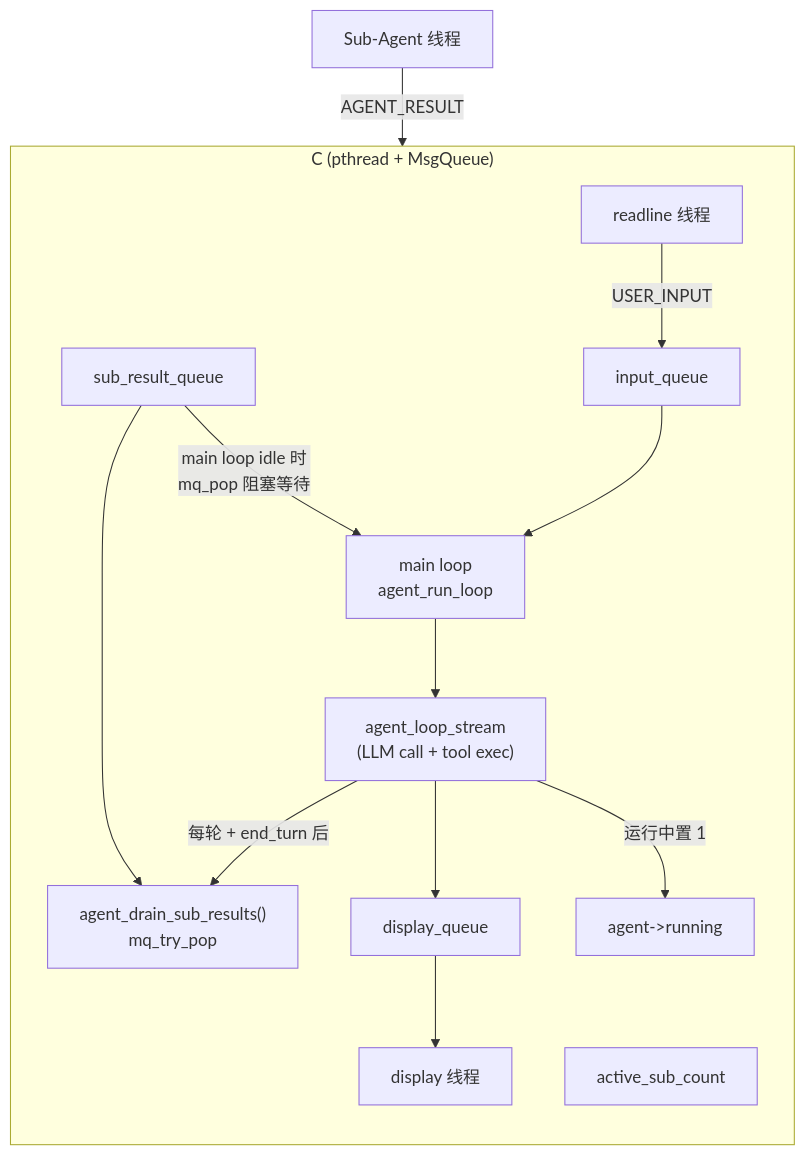
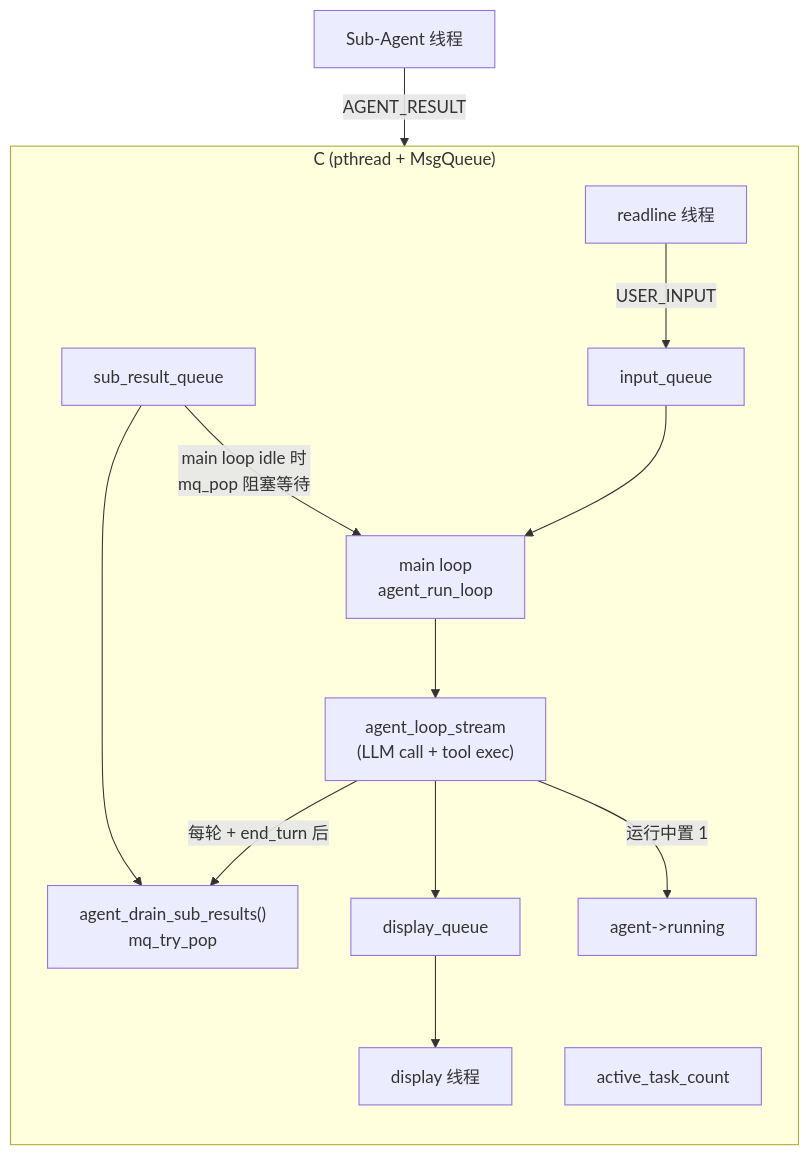
One commit to lloydzhou/bash-agent changed the third of 5 diagrams in docs/BASH_ARCHITECTURE.md. Above: the diagram before and after it, drawn with Mermaid. The commit also changed other lines of this file, not shown here.

````diff
--- a/docs/BASH_ARCHITECTURE.md
+++ b/docs/BASH_ARCHITECTURE.md
@@ -1378,28 +1392,28 @@
 ```mermaid
 graph TB
     subgraph C["C (pthread + MsgQueue)"]
         direction TB
         CL["readline 线程"]
         CInput["input_queue"]
         CMain["main loop<br/>agent_run_loop"]
         CAgent["agent_loop_stream<br/>(LLM call + tool exec)"]
         CDrain["agent_drain_sub_results()<br/>mq_try_pop"]
         CResultQ["sub_result_queue"]
         CDispQ["display_queue"]
         CDisp["display 线程"]
         CRunning["agent->running"]
-        CActive["active_sub_count"]
+        CActive["active_task_count"]
     end
     CSub["Sub-Agent 线程"]
 
     CL -->|"USER_INPUT"| CInput
     CInput --> CMain
     CMain --> CAgent
     CAgent -->|"每轮 + end_turn 后"| CDrain
     CAgent --> CDispQ
     CDispQ --> CDisp
     CAgent -->|"运行中置 1"| CRunning
     CSub -->|"AGENT_RESULT"| CResultQ
     CResultQ --> CDrain
     CResultQ -->|"main loop idle 时<br/>mq_pop 阻塞等待"| CMain
 ```
````
